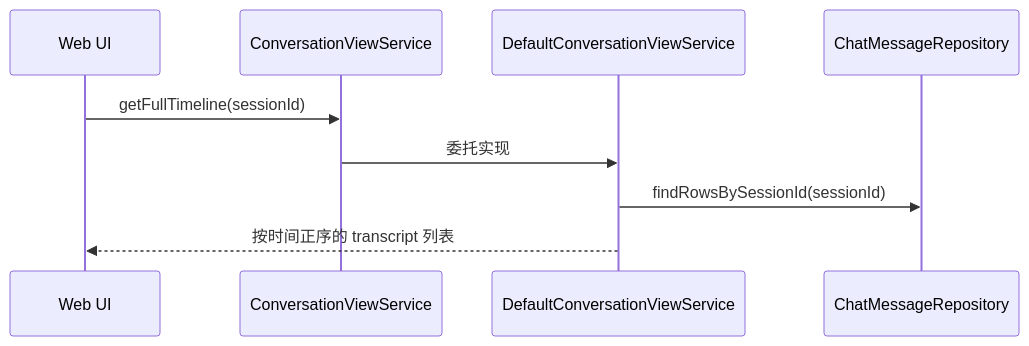
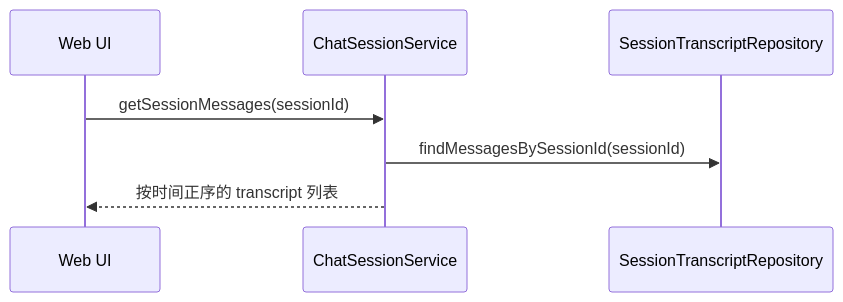
The third of 3 diagrams in docs/architecture/conversation.md (ntygod/LifePilot), drawn with Mermaid before and after one commit. The commit also changed other lines of this file and 20 other files, not shown here.

````diff
--- a/docs/architecture/conversation.md
+++ b/docs/architecture/conversation.md
@@ -104,12 +100,10 @@
 ```mermaid
 sequenceDiagram
     participant UI as Web UI
-    participant CVS as ConversationViewService
-    participant DCS as DefaultConversationViewService
-    participant Repo as ChatMessageRepository
+    participant CSS as ChatSessionService
+    participant Repo as SessionTranscriptRepository
 
-    UI->>CVS: getFullTimeline(sessionId)
-    CVS->>DCS: 委托实现
-    DCS->>Repo: findRowsBySessionId(sessionId)
-    DCS-->>UI: 按时间正序的 transcript 列表
+    UI->>CSS: getSessionMessages(sessionId)
+    CSS->>Repo: findMessagesBySessionId(sessionId)
+    CSS-->>UI: 按时间正序的 transcript 列表
 ```
````
